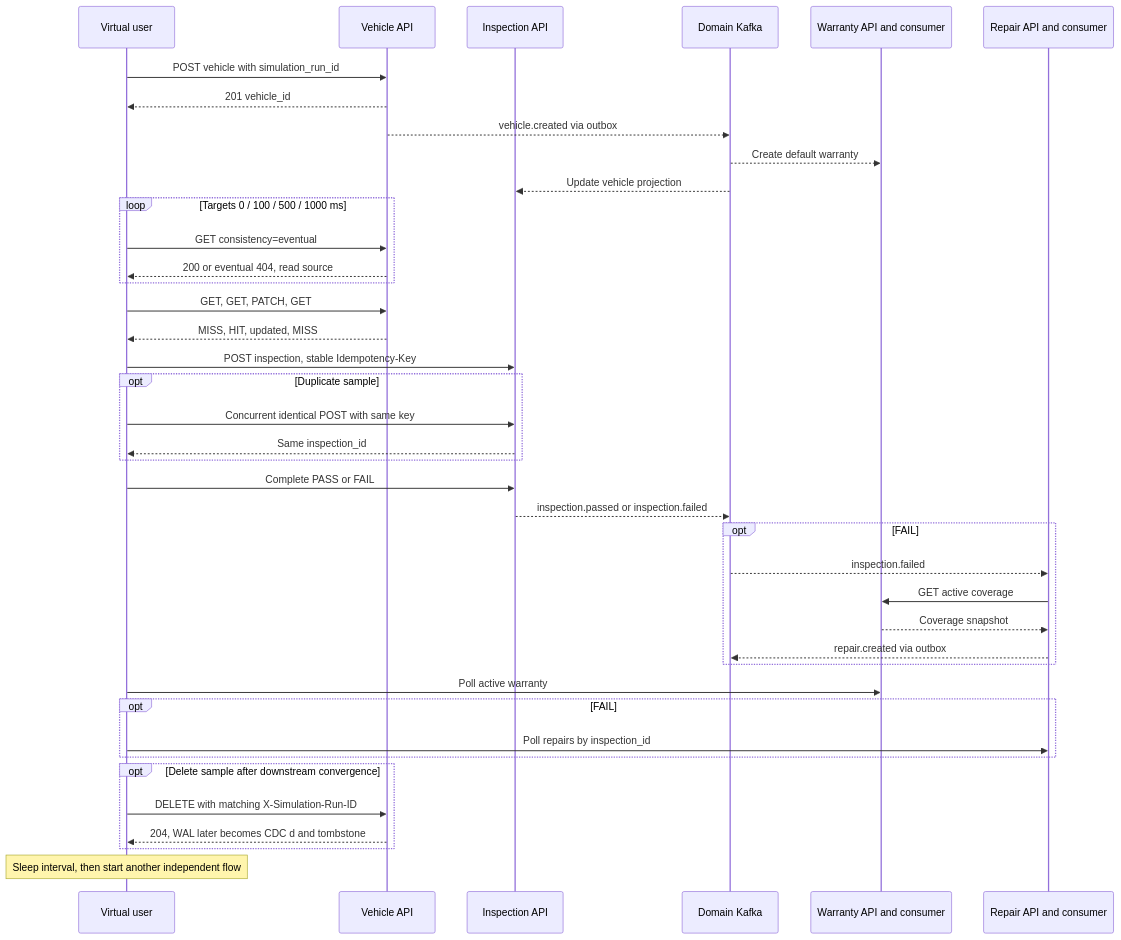
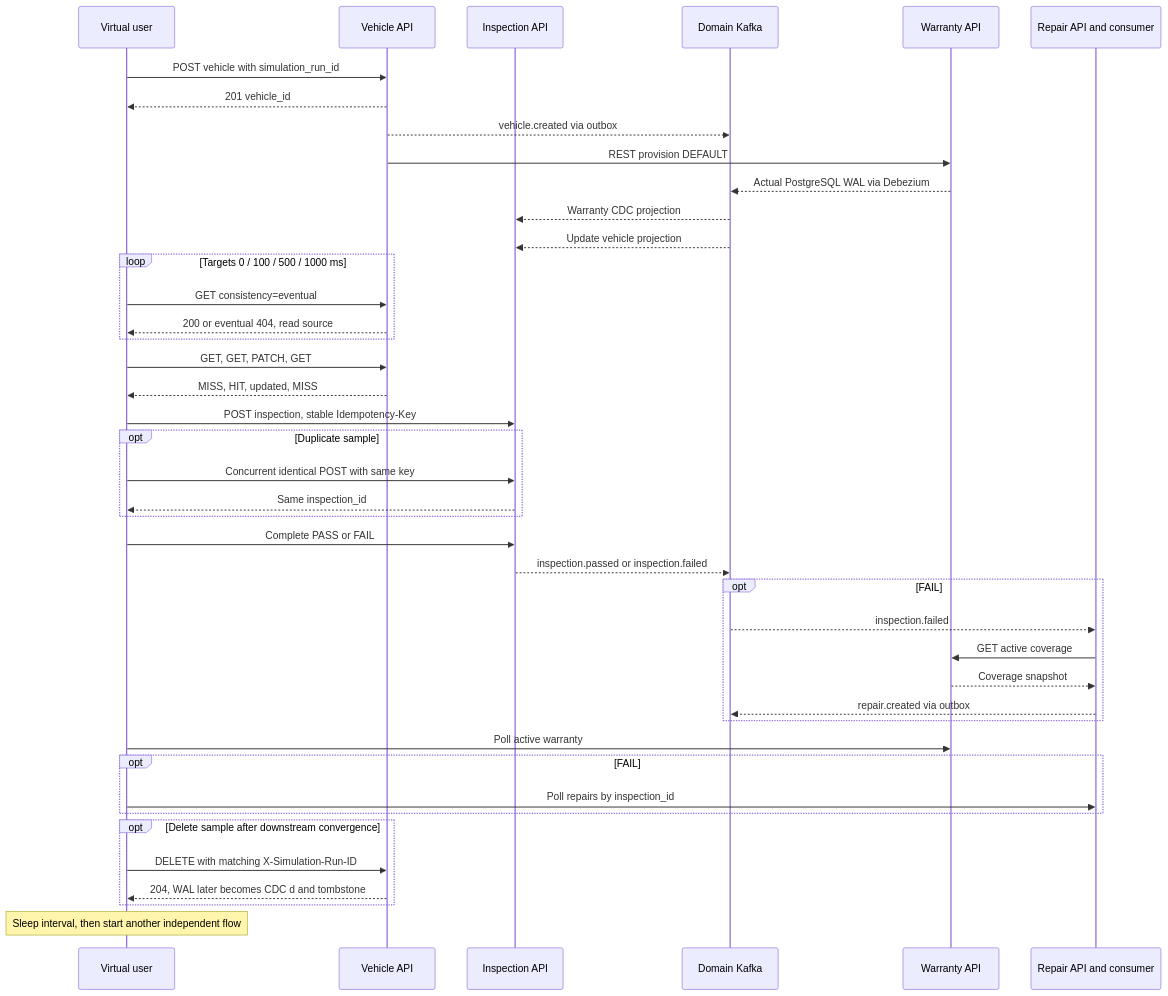
Before and after one commit to Huy-8bit/interview: the diagram in lab/docs/diagrams/sources/traffic-lifecycle.mmd, drawn with Mermaid. The commit also changed 141 other files, not shown here.

```diff
--- a/lab/docs/diagrams/sources/traffic-lifecycle.mmd
+++ b/lab/docs/diagrams/sources/traffic-lifecycle.mmd
@@ -1,41 +1,43 @@
 sequenceDiagram
     %% diagram: traffic-lifecycle
     participant T as Virtual user
     participant V as Vehicle API
     participant I as Inspection API
     participant K as Domain Kafka
-    participant W as Warranty API and consumer
+    participant W as Warranty API
     participant R as Repair API and consumer
     T->>V: POST vehicle with simulation_run_id
     V-->>T: 201 vehicle_id
     V-->>K: vehicle.created via outbox
-    K-->>W: Create default warranty
+    V->>W: REST provision DEFAULT
+    W-->>K: Actual PostgreSQL WAL via Debezium
+    K-->>I: Warranty CDC projection
     K-->>I: Update vehicle projection
     loop Targets 0 / 100 / 500 / 1000 ms
         T->>V: GET consistency=eventual
         V-->>T: 200 or eventual 404, read source
     end
     T->>V: GET, GET, PATCH, GET
     V-->>T: MISS, HIT, updated, MISS
     T->>I: POST inspection, stable Idempotency-Key
     opt Duplicate sample
         T->>I: Concurrent identical POST with same key
         I-->>T: Same inspection_id
     end
     T->>I: Complete PASS or FAIL
     I-->>K: inspection.passed or inspection.failed
     opt FAIL
         K-->>R: inspection.failed
         R->>W: GET active coverage
         W-->>R: Coverage snapshot
         R-->>K: repair.created via outbox
     end
     T->>W: Poll active warranty
     opt FAIL
         T->>R: Poll repairs by inspection_id
     end
     opt Delete sample after downstream convergence
         T->>V: DELETE with matching X-Simulation-Run-ID
         V-->>T: 204, WAL later becomes CDC d and tombstone
     end
     Note over T: Sleep interval, then start another independent flow
```
